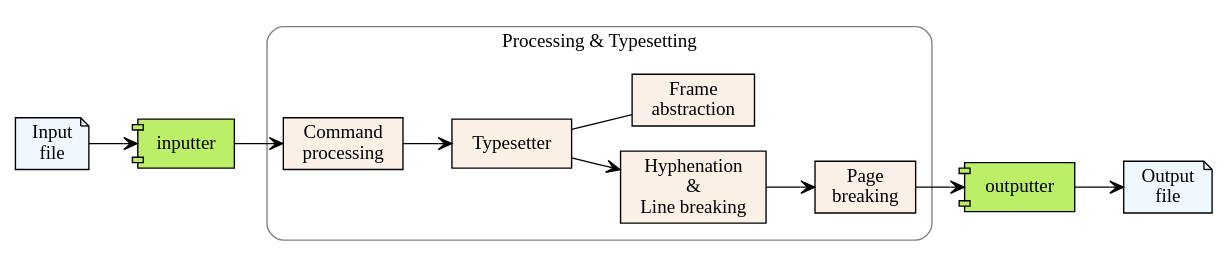
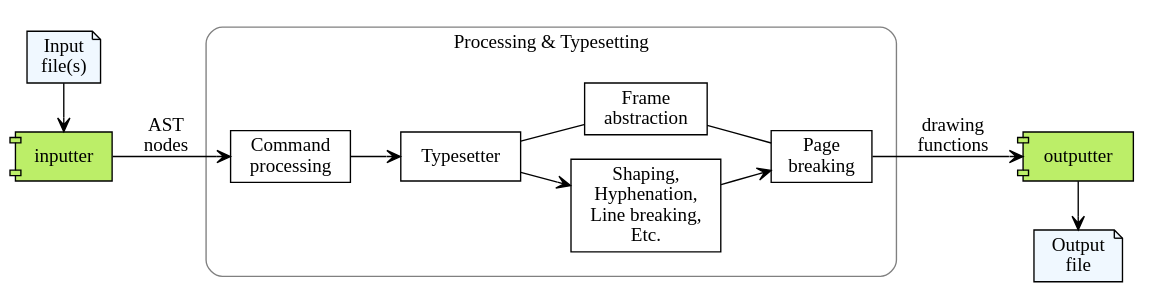
Before and after one commit to sile-typesetter/sile: the diagram in documentation/fig-input-to-output.dot, drawn with Graphviz.

Commit message:
docs(manual): Tweak layout and connections in i/o chapter figure

```diff
--- a/documentation/fig-input-to-output.dot
+++ b/documentation/fig-input-to-output.dot
@@ -1,39 +1,47 @@
 digraph G {
-  rankdir="LR";
-  margin=0.25;
-  fontname = "Libertinus Sans";
-  node [fontname = "Libertinus Sans"];
+  rankdir = "LR";
+  margin = 0.25;
+  fontname = "Gentium Book Basic";
 
-  edge [arrowhead="vee"];
+  node [fontname = "Gentium Book Basic"];
+  edge [arrowhead = "vee"];
 
-  input [shape=note, style=filled, fillcolor=aliceblue, label="Input\nfile"]
-  output [shape=note, style=filled, fillcolor=aliceblue, label="Output\nfile"]
-  inputter [shape=component, style=filled, fillcolor=darkolivegreen2]
-  outputter [shape=component, style=filled, fillcolor=darkolivegreen2]
+  inputfiles [shape = note, style = filled, fillcolor = aliceblue, label = "Input\nfile(s)"]
+  outputfile [shape = note, style = filled, fillcolor = aliceblue, label = "Output\nfile"]
+  inputter [shape = component, style = filled, fillcolor = darkolivegreen2]
+  command [label = "Command\nprocessing", shape = box]
+  typesetter [label = "Typesetter", shape = box]
+  paragraphing [label = "Shaping,\nHyphenation,\nLine breaking,\nEtc.", shape = box]
+  pagebreaking [label = "Page\nbreaking", shape = box]
+  frame [label = "Frame\nabstraction", shape = box]
+  outputter [shape = component, style = filled, fillcolor = darkolivegreen2]
 
-  input -> inputter
+  subgraph input {
+    rank = same;
+    inputfiles -> inputter
+  }
 
-  subgraph cluster_0 {
-    style=rounded;
-    color=grey;
-    margin=12
-    node [style=filled, fillcolor=linen];
+  subgraph process {
+    cluster = true;
+    style = rounded;
+    color = grey;
+    margin = 18;
+    node [style = filled, fillcolor = linen];
 
     label = "Processing & Typesetting";
 
-    command[label="Command\nprocessing", shape=box]
-    typesetter[label="Typesetter", shape=box]
-    paragraphing[label="Hyphenation\n&\nLine breaking", shape=box]
-    pagebreaking[label="Page\nbreaking", shape=box]
-    frame[label="Frame\nabstraction", shape=box]
-
     command -> typesetter
-    typesetter -> frame  [arrowhead=none]
+    typesetter -> frame  [arrowhead = none]
     typesetter -> paragraphing
+    frame -> pagebreaking [arrowhead = none]
     paragraphing -> pagebreaking
   }
 
-  inputter -> command
-  pagebreaking -> outputter
-  outputter -> output
+  inputter -> command [label = "AST\nnodes"]
+  pagebreaking -> outputter [label = "drawing\nfunctions"]
+
+  subgraph output {
+    rank = same;
+    outputter -> outputfile
+  }
 }
```
